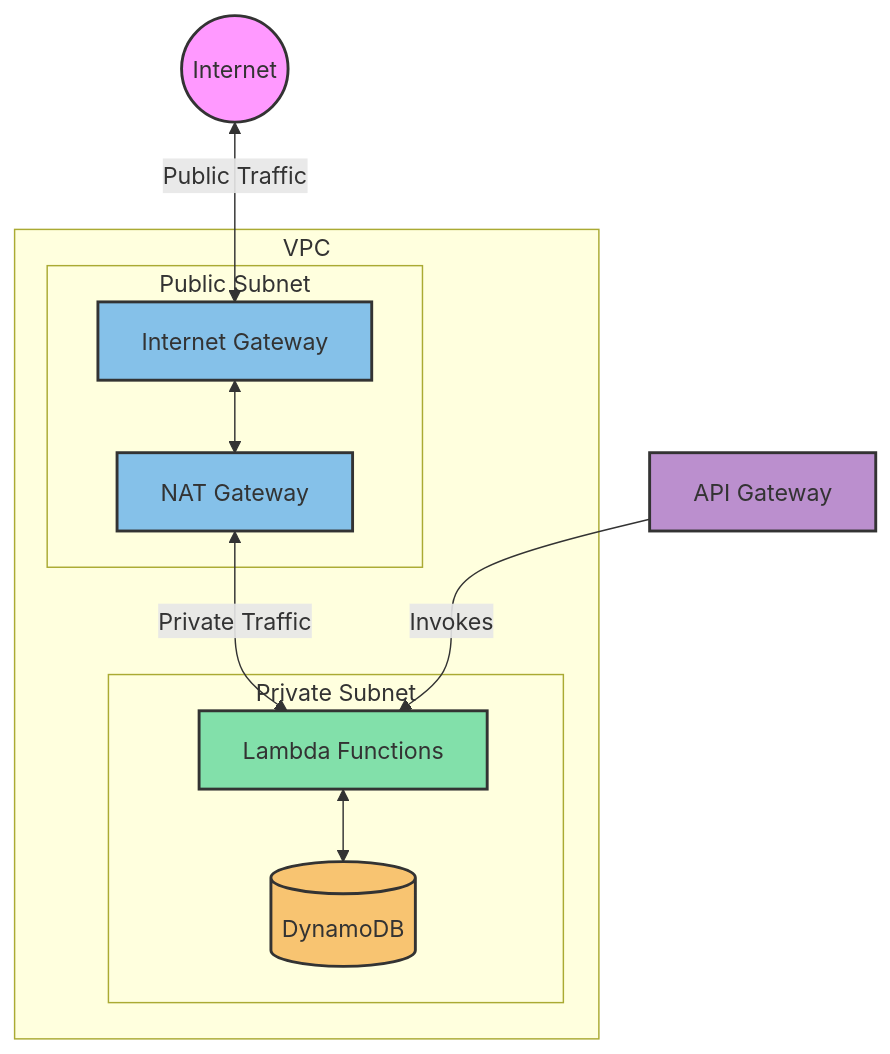
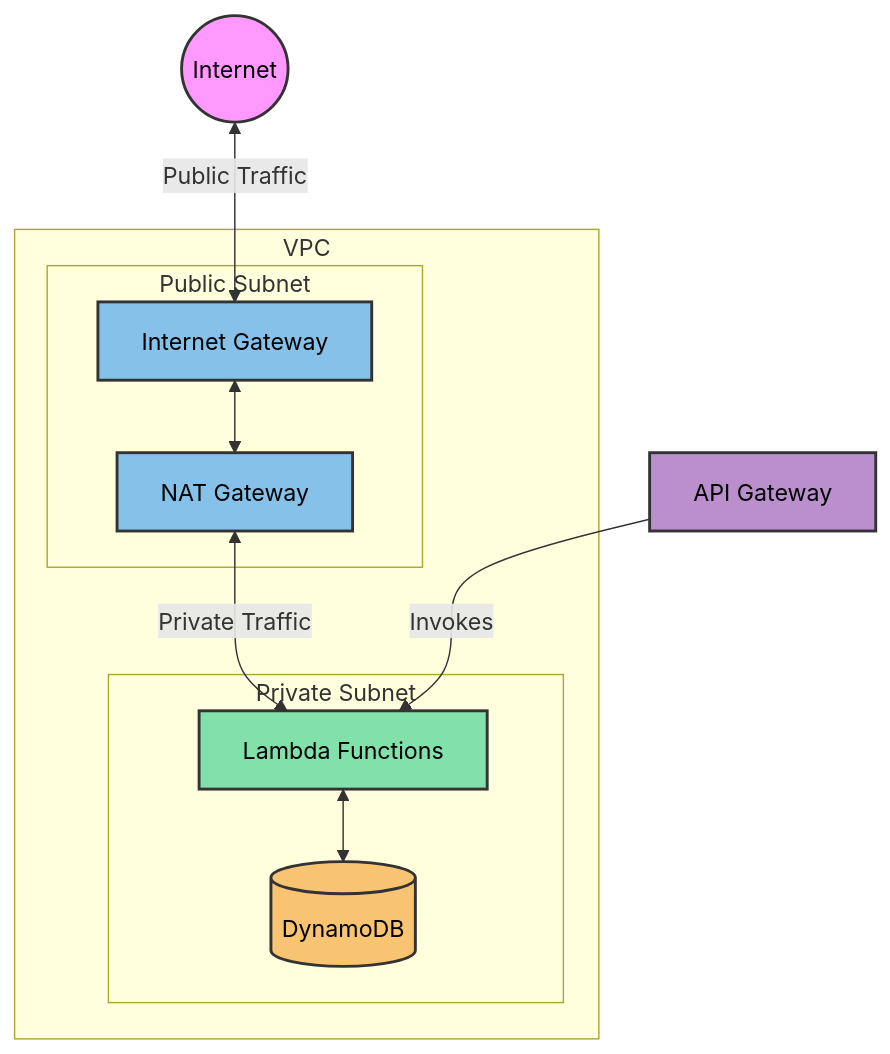
The second of 4 diagrams in README.md (taimax13/platform-tool), drawn with Mermaid before and after one commit. The commit also changed other lines of this file, not shown here.

````diff
--- a/README.md
+++ b/README.md
@@ -231,27 +231,27 @@
 ```mermaid
 graph TB
     subgraph "VPC"
         subgraph "Public Subnet"
             IG[Internet Gateway]
             NATGW[NAT Gateway]
         end
         subgraph "Private Subnet"
             Lambda[Lambda Functions]
             DDB[(DynamoDB)]
         end
     end
     
     Internet((Internet)) <-->|Public Traffic| IG
     IG <--> NATGW
     NATGW <-->|Private Traffic| Lambda
     Lambda <--> DDB
     
     API[API Gateway] -->|Invokes| Lambda
     
-    style Internet fill:#f9f,stroke:#333,stroke-width:2px
-    style IG fill:#85C1E9,stroke:#333,stroke-width:2px
-    style NATGW fill:#85C1E9,stroke:#333,stroke-width:2px
-    style Lambda fill:#82E0AA,stroke:#333,stroke-width:2px
-    style DDB fill:#F8C471,stroke:#333,stroke-width:2px
-    style API fill:#BB8FCE,stroke:#333,stroke-width:2px
+    style Internet fill:#f9f,stroke:#333,stroke-width:2px,color:#000
+    style IG fill:#85C1E9,stroke:#333,stroke-width:2px,color:#000
+    style NATGW fill:#85C1E9,stroke:#333,stroke-width:2px,color:#000
+    style Lambda fill:#82E0AA,stroke:#333,stroke-width:2px,color:#000
+    style DDB fill:#F8C471,stroke:#333,stroke-width:2px,color:#000
+    style API fill:#BB8FCE,stroke:#333,stroke-width:2px,color:#000
 ```
````
